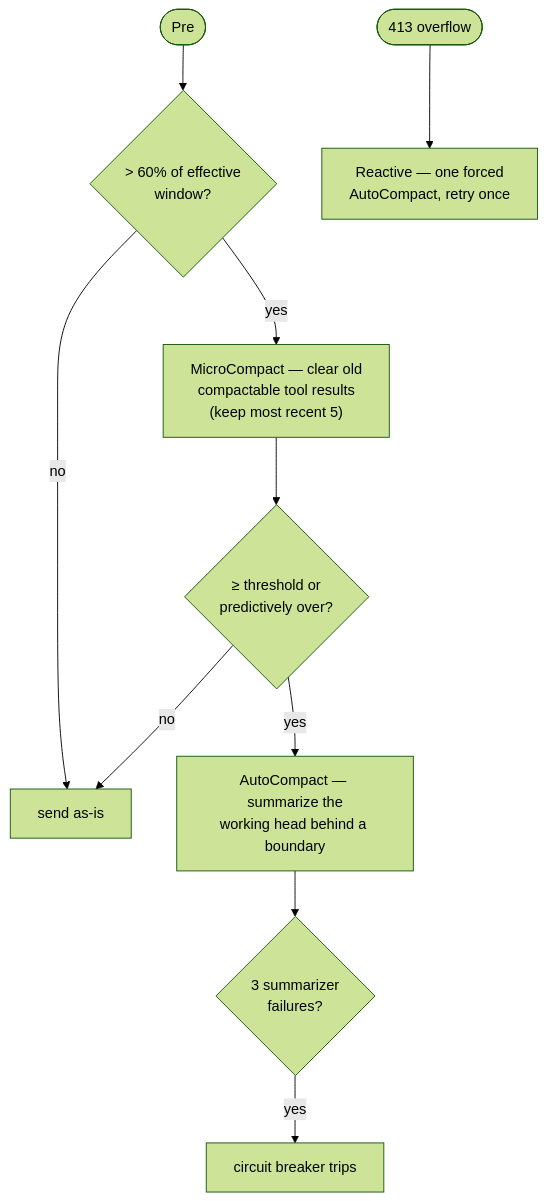
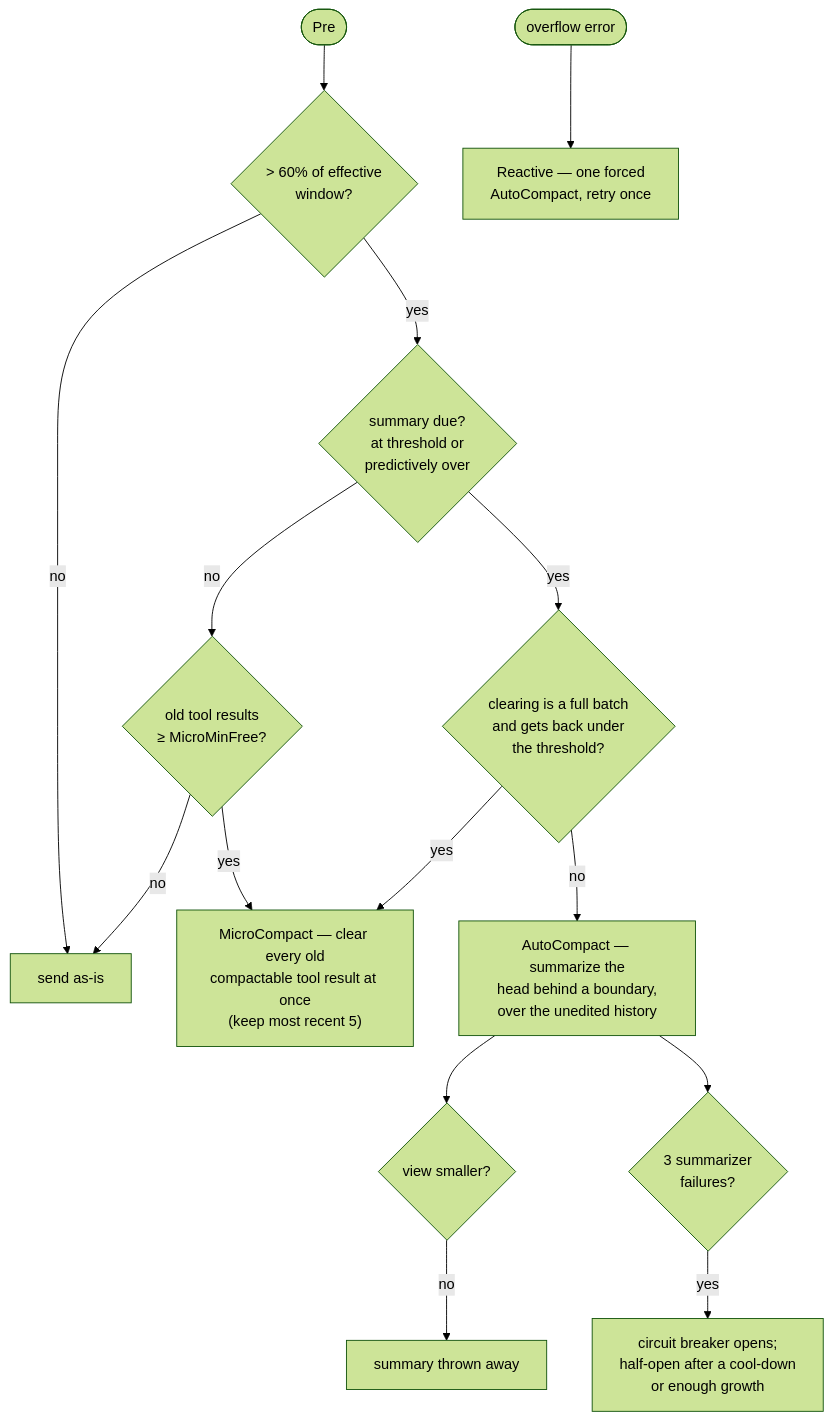
The diagram in docs/guides/compaction.md (0xmanhnv/Norma), drawn with Mermaid (forest theme) before and after one commit. The commit also changed other lines of this file and 6 other files, not shown here.

````diff
--- a/docs/guides/compaction.md
+++ b/docs/guides/compaction.md
@@ -28,12 +28,17 @@
 ```mermaid
 flowchart TD
     Pre([Pre]) --> M{"> 60% of effective<br/>window?"}
     M -->|no| Send[send as-is]
-    M -->|yes| Micro["MicroCompact — clear old<br/>compactable tool results<br/>(keep most recent 5)"]
-    Micro --> A{≥ threshold or<br/>predictively over?}
-    A -->|no| Send
-    A -->|yes| Auto["AutoCompact — summarize the<br/>working head behind a boundary"]
+    M -->|yes| Due{summary due?<br/>at threshold or<br/>predictively over}
+    Due -->|no| Batch{"old tool results<br/>≥ MicroMinFree?"}
+    Batch -->|no| Send
+    Batch -->|yes| Micro["MicroCompact — clear every old<br/>compactable tool result at once<br/>(keep most recent 5)"]
+    Due -->|yes| Enough{"clearing is a full batch<br/>and gets back under<br/>the threshold?"}
+    Enough -->|yes| Micro
+    Enough -->|no| Auto["AutoCompact — summarize the<br/>head behind a boundary,<br/>over the unedited history"]
+    Auto --> Small{view smaller?}
+    Small -->|no| Reject[summary thrown away]
     Auto --> Trip{3 summarizer<br/>failures?}
-    Trip -->|yes| CB[circuit breaker trips]
-    Overflow([413 overflow]) --> React[Reactive — one forced<br/>AutoCompact, retry once]
+    Trip -->|yes| CB["circuit breaker opens;<br/>half-open after a cool-down<br/>or enough growth"]
+    Overflow([overflow error]) --> React[Reactive — one forced<br/>AutoCompact, retry once]
 ```
````
